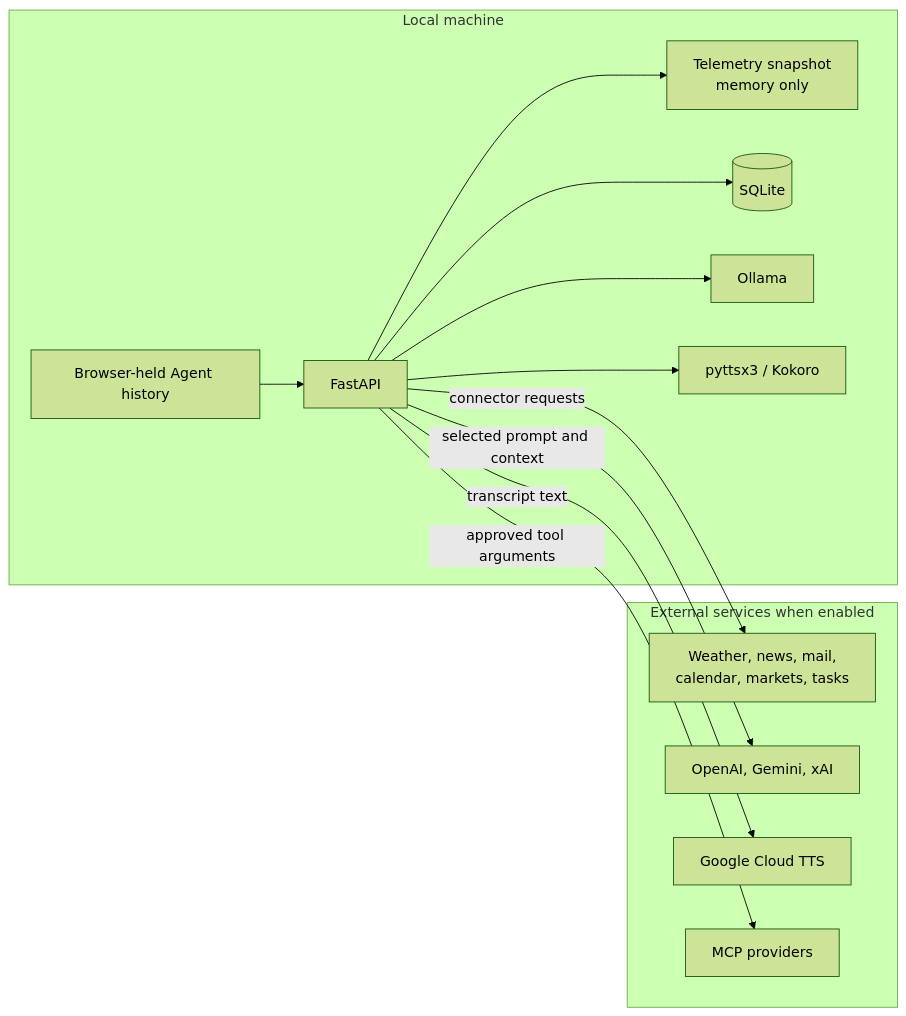
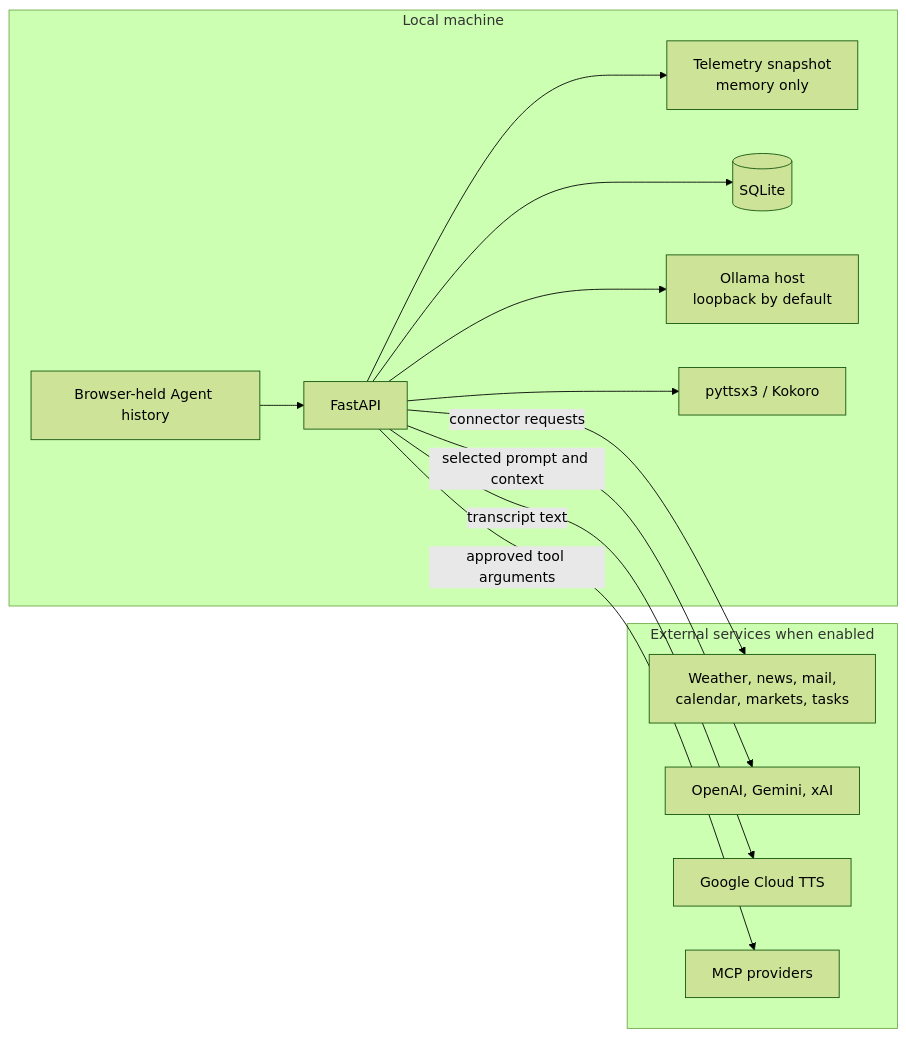
Before and after one commit to edumarcano/APEX: the diagram in docs/privacy.md, drawn with Mermaid (forest theme). The commit also changed other lines of this file and 5 other files, not shown here.

`````diff
--- a/docs/privacy.md
+++ b/docs/privacy.md
@@ -20,29 +20,30 @@
-````mermaid
+```mermaid
 flowchart LR
     subgraph LOCAL["Local machine"]
         BROWSER["Browser-held Agent history"]
         API["FastAPI"]
         SNAPSHOT["Telemetry snapshot<br/>memory only"]
         DB[("SQLite")]
-        OLLAMA["Ollama"]
+        OLLAMA["Ollama host
+loopback by default"]
         LOCAL_TTS["pyttsx3 / Kokoro"]
 
         BROWSER --> API
         API --> SNAPSHOT
         API --> DB
         API --> OLLAMA
         API --> LOCAL_TTS
     end
 
     subgraph EXTERNAL["External services when enabled"]
         CONNECTORS["Weather, news, mail,<br/>calendar, markets, tasks"]
         CLOUD_AGENTS["OpenAI, Gemini, xAI"]
         CLOUD_TTS["Google Cloud TTS"]
         MCP["MCP providers"]
     end
 
     API -->|"connector requests"| CONNECTORS
     API -->|"selected prompt and context"| CLOUD_AGENTS
     API -->|"transcript text"| CLOUD_TTS
     API -->|"approved tool arguments"| MCP
-````
+```
`````
